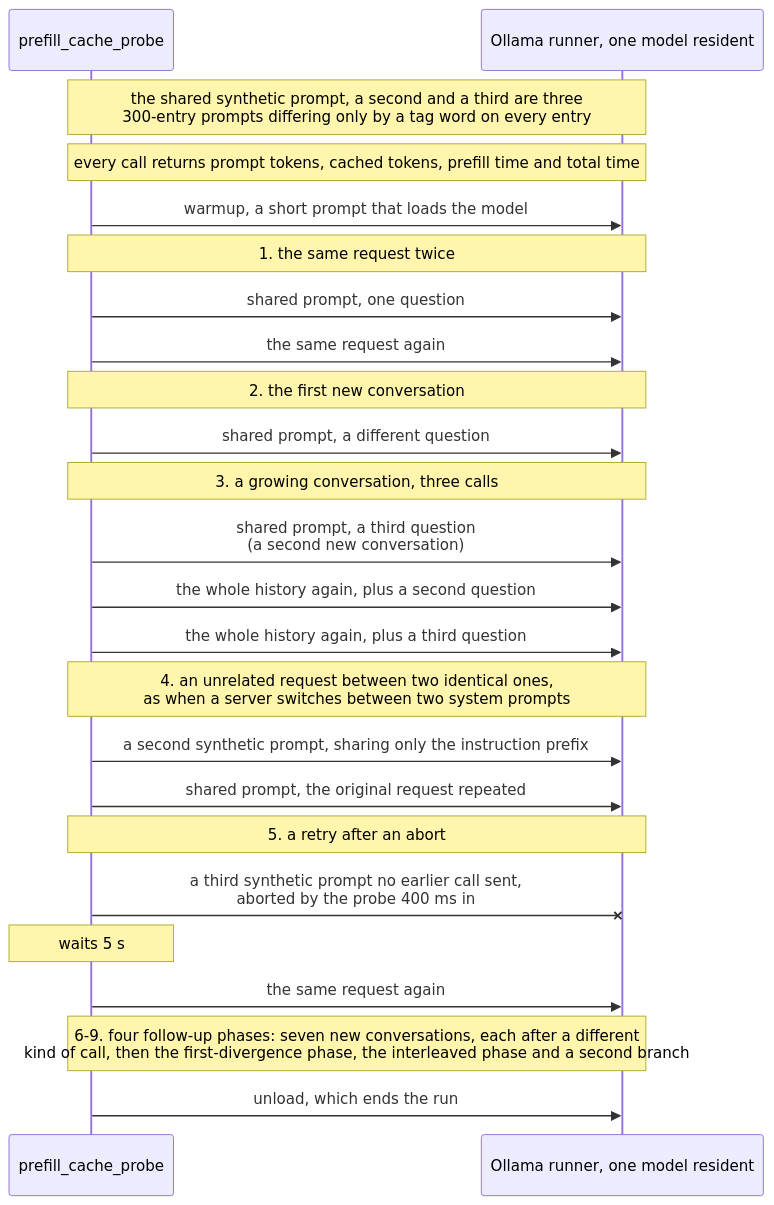
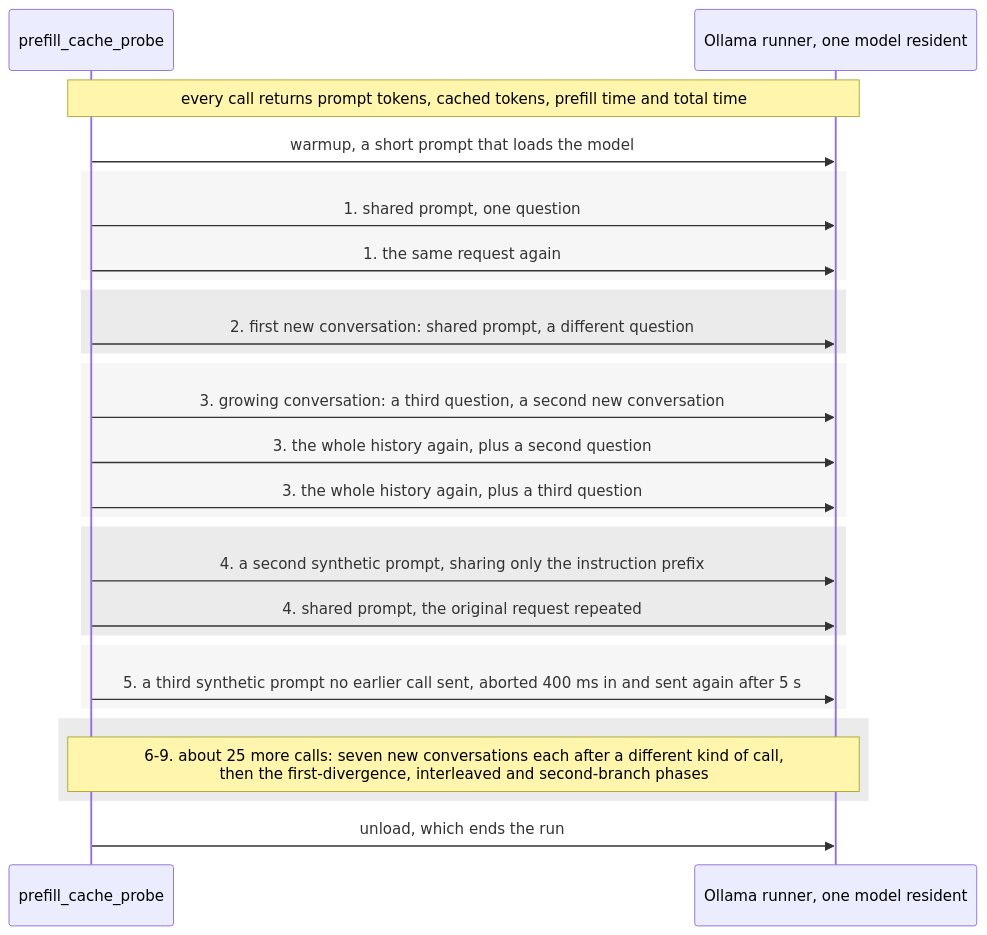
Before and after one commit to freemansoft/Flutter-AdaptiveCards: the second of 3 diagrams in adaptive_chat_server_dart/blog/article-8-prompt-cache-draft.md, drawn with Mermaid. The commit also changed other lines of this file and 1 other file, not shown here.

First line of the commit message:
docs(chat-server): article 8 review pass — attention-only realigned to the notebook, each incident told once, diagrams shortened

````diff
--- a/adaptive_chat_server_dart/blog/article-8-prompt-cache-draft.md
+++ b/adaptive_chat_server_dart/blog/article-8-prompt-cache-draft.md
@@ -90,34 +90,35 @@
 ```mermaid
+%%{init: {'themeVariables': {'messageFontSize': '18px', 'actorFontSize': '18px', 'noteFontSize': '16px'}}}%%
 sequenceDiagram
   participant P as prefill_cache_probe
   participant O as Ollama runner, one model resident
 
-  Note over P,O: the shared synthetic prompt, a second and a third are three<br/>300-entry prompts differing only by a tag word on every entry
   Note over P,O: every call returns prompt tokens, cached tokens, prefill time and total time
 
   P->>O: warmup, a short prompt that loads the model
 
-  Note over P,O: 1. the same request twice
-  P->>O: shared prompt, one question
-  P->>O: the same request again
+  rect rgba(128, 128, 128, 0.07)
+    P->>O: 1. shared prompt, one question
+    P->>O: 1. the same request again
+  end
+  rect rgba(128, 128, 128, 0.16)
+    P->>O: 2. first new conversation: shared prompt, a different question
+  end
+  rect rgba(128, 128, 128, 0.07)
+    P->>O: 3. growing conversation: a third question, a second new conversation
+    P->>O: 3. the whole history again, plus a second question
+    P->>O: 3. the whole history again, plus a third question
+  end
+  rect rgba(128, 128, 128, 0.16)
+    P->>O: 4. a second synthetic prompt, sharing only the instruction prefix
+    P->>O: 4. shared prompt, the original request repeated
+  end
+  rect rgba(128, 128, 128, 0.07)
+    P->>O: 5. a third synthetic prompt no earlier call sent, aborted 400 ms in and sent again after 5 s
+  end
+  rect rgba(128, 128, 128, 0.16)
+    Note over P,O: 6-9. about 25 more calls: seven new conversations each after a different kind of call,<br/>then the first-divergence, interleaved and second-branch phases
+  end
 
-  Note over P,O: 2. the first new conversation
-  P->>O: shared prompt, a different question
-
-  Note over P,O: 3. a growing conversation, three calls
-  P->>O: shared prompt, a third question<br/>(a second new conversation)
-  P->>O: the whole history again, plus a second question
-  P->>O: the whole history again, plus a third question
-
-  Note over P,O: 4. an unrelated request between two identical ones,<br/>as when a server switches between two system prompts
-  P->>O: a second synthetic prompt, sharing only the instruction prefix
-  P->>O: shared prompt, the original request repeated
-
-  Note over P,O: 5. a retry after an abort
-  P-xO: a third synthetic prompt no earlier call sent,<br/>aborted by the probe 400 ms in
-  Note over P: waits 5 s
-  P->>O: the same request again
-
-  Note over P,O: 6-9. four follow-up phases: seven new conversations, each after a different<br/>kind of call, then the first-divergence phase, the interleaved phase and a second branch
   P->>O: unload, which ends the run
 ```
````
